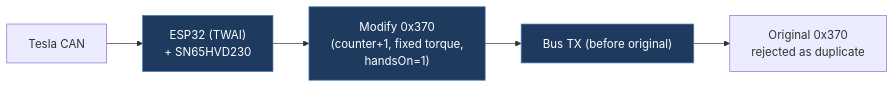
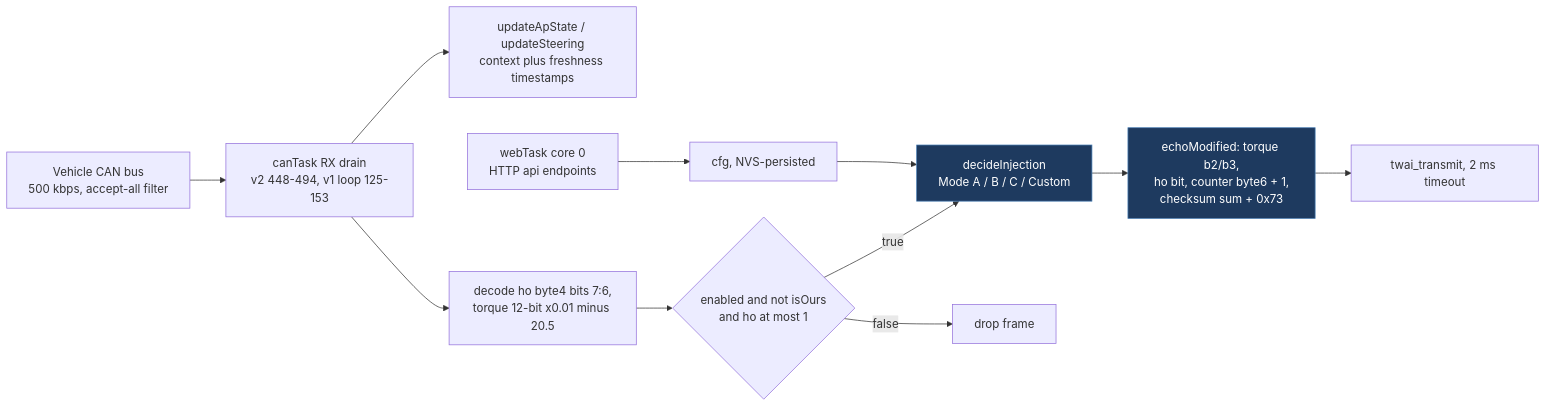
One commit to babico/TeslaCANModder changed the first of 2 diagrams in docs/legacy/nicolozak-nag-killer.md. Above: the diagram before and after it, drawn with Mermaid. The commit also changed other lines of this file and 99 other files, not shown here.

````diff
--- a/docs/legacy/nicolozak-nag-killer.md
+++ b/docs/legacy/nicolozak-nag-killer.md
@@ -19,9 +91,15 @@
 ```mermaid
 flowchart LR
-    Car["Tesla CAN"] --> ESP["ESP32 (TWAI)<br/>+ SN65HVD230"]
-    ESP --> Modify["Modify 0x370<br/>(counter+1, fixed torque,<br/>handsOn=1)"]
-    Modify --> Bus["Bus TX (before original)"]
-    Bus --> Orig["Original 0x370<br/>rejected as duplicate"]
-    classDef path fill:#1e3a5f,stroke:#4a7fb5,color:#fff
-    class ESP,Modify,Bus path
+    Bus["Vehicle CAN bus<br/>500 kbps, accept-all filter"] --> Rx["canTask RX drain<br/>v2 448-494, v1 loop 125-153"]
+    Rx --> CtxUp["updateApState / updateSteering<br/>context plus freshness timestamps"]
+    Rx --> Decode["decode ho byte4 bits 7:6,<br/>torque 12-bit x0.01 minus 20.5"]
+    Decode --> Gate{"enabled and not isOurs<br/>and ho at most 1"}
+    Gate -->|true| Decide["decideInjection<br/>Mode A / B / C / Custom"]
+    Gate -->|false| Drop["drop frame"]
+    Decide --> Echo["echoModified: torque b2/b3,<br/>ho bit, counter byte6 + 1,<br/>checksum sum + 0x73"]
+    Echo --> Tx["twai_transmit, 2 ms timeout"]
+    Web["webTask core 0<br/>HTTP api endpoints"] --> Cfg["cfg, NVS-persisted"]
+    Cfg --> Decide
+    classDef hot fill:#1e3a5f,stroke:#4a7fb5,color:#fff
+    class Decide,Echo hot
 ```
````
